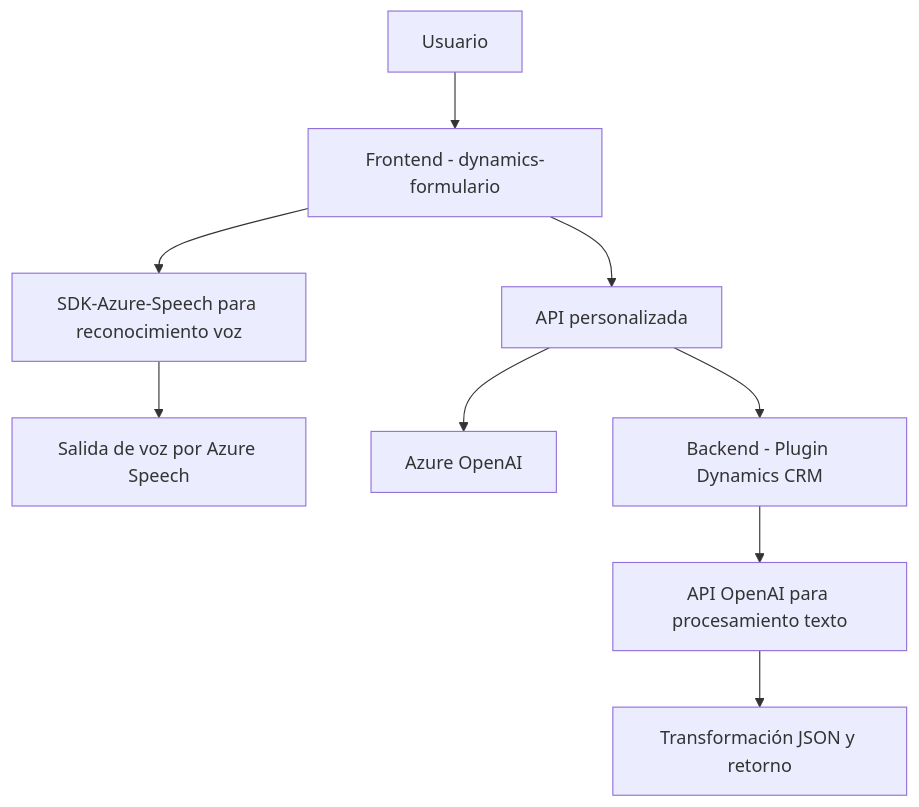
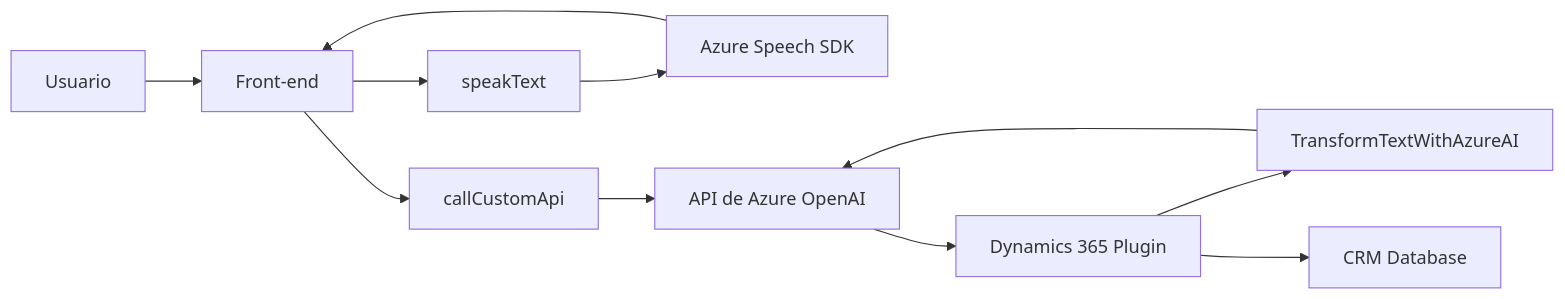
The diagram in README.md (blopezdm/NETCORE_BILBAO2025), drawn with Mermaid before and after one commit. The commit also changed other lines of this file, not shown here.

````diff
--- a/README.md
+++ b/README.md
@@ -51,11 +42,13 @@
 ```mermaid
-graph TD
-    A["Usuario"] --> B["Frontend - dynamics-formulario"]
-    B --> C["SDK-Azure-Speech para reconocimiento voz"]
-    B --> D["API personalizada"]
-    D --> E["Azure OpenAI"]
-    C --> F["Salida de voz por Azure Speech"]
-    D --> G["Backend - Plugin Dynamics CRM"]
-    G --> H["API OpenAI para procesamiento texto"]
-    H --> I["Transformación JSON y retorno"]
+graph LR
+    A["Usuario"] --> B["Front-end"]
+    B --> C["speakText"]
+    B --> D["callCustomApi"]
+    C --> E["Azure Speech SDK"]
+    D --> F["API de Azure OpenAI"]
+    E --> B
+    F --> G["Dynamics 365 Plugin"]
+    G --> H["TransformTextWithAzureAI"]
+    H --> F
+    G --> I["CRM Database"]
 ```
````
